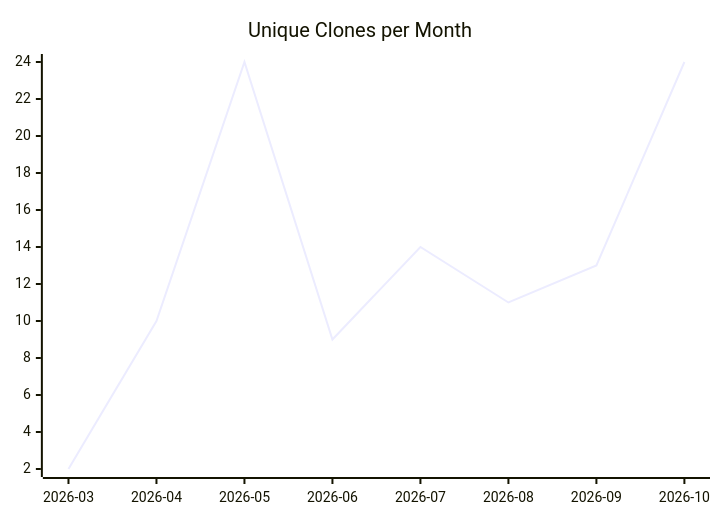
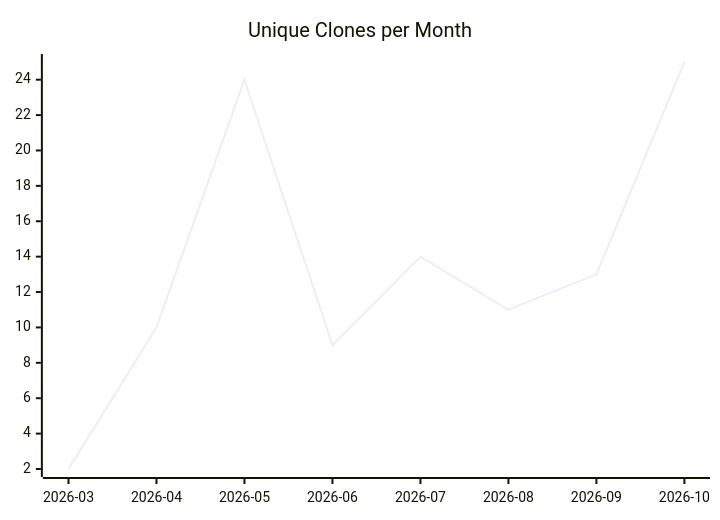
Before and after one commit to justdavis-family/github-analytics-data: the third of 3 diagrams in karlmdavis/xmlpull/README.md, drawn with Mermaid. The commit also changed other lines of this file and 198 other files, not shown here.

````diff
--- a/karlmdavis/xmlpull/README.md
+++ b/karlmdavis/xmlpull/README.md
@@ -19,6 +19,6 @@
 ```mermaid
 xychart-beta
   title "Unique Clones per Month"
   x-axis ["2026-03", "2026-04", "2026-05", "2026-06", "2026-07", "2026-08", "2026-09", "2026-10"]
-  line [2, 10, 24, 9, 14, 11, 13, 24]
+  line [2, 10, 24, 9, 14, 11, 13, 25]
 ```
````
